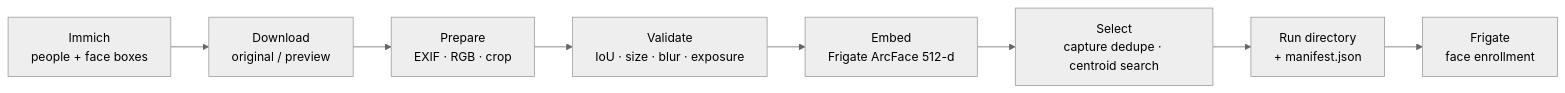
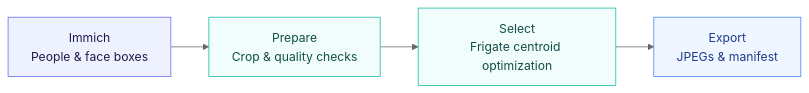
Before and after one commit to ds-sebastian/if_curator: the diagram in README.md, drawn with Mermaid (neutral theme). The commit also changed other lines of this file and 3 other files, not shown here.

````diff
--- a/README.md
+++ b/README.md
@@ -50,10 +78,11 @@
 ```mermaid
 flowchart LR
-    A["Immich<br/>people + face boxes"] --> B["Download<br/>original / preview"]
-    B --> C["Prepare<br/>EXIF · RGB · crop"]
-    C --> D["Validate<br/>IoU · size · blur · exposure"]
-    D --> E["Embed<br/>Frigate ArcFace 512-d"]
-    E --> F["Select<br/>capture dedupe · centroid search"]
-    F --> G["Run directory<br/>+ manifest.json"]
-    G --> H["Frigate<br/>face enrollment"]
+    A["Immich<br/>People & face boxes"] --> B["Prepare<br/>Crop & quality checks"]
+    B --> C["Select<br/>Frigate centroid optimization"]
+    C --> D["Export<br/>JPEGs & manifest"]
+
+    style A fill:#eef2ff,stroke:#6366f1,color:#1e1b4b
+    style B fill:#f0fdfa,stroke:#14b8a6,color:#134e4a
+    style C fill:#f0fdfa,stroke:#14b8a6,color:#134e4a
+    style D fill:#eff6ff,stroke:#3b82f6,color:#1e3a8a
 ```
````
